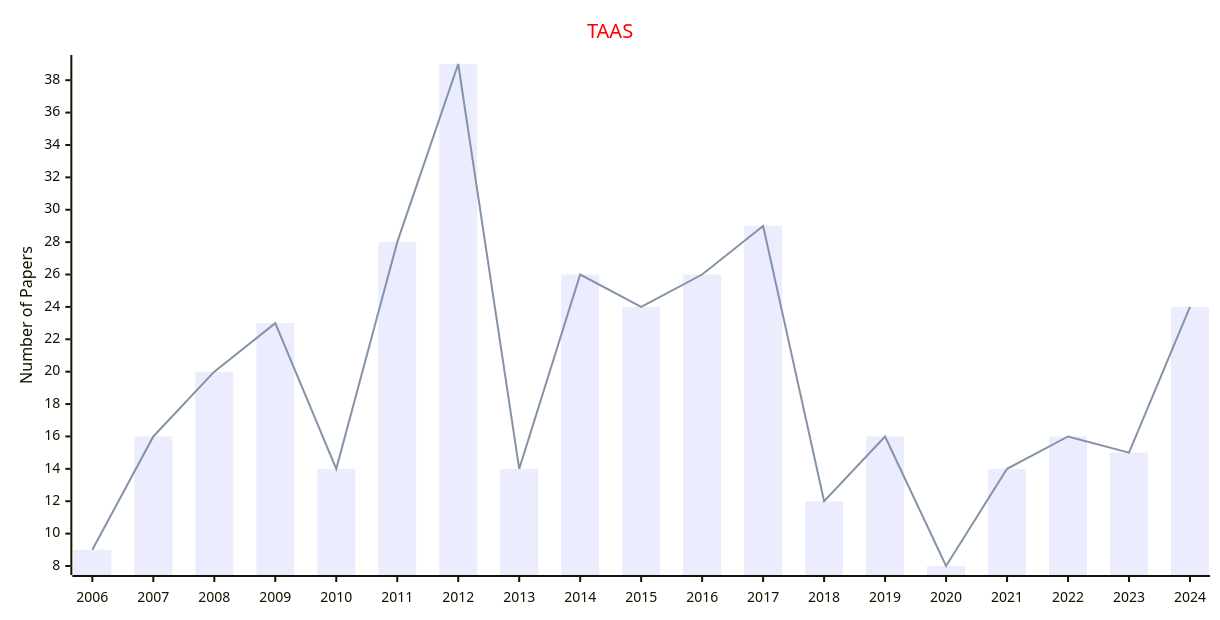
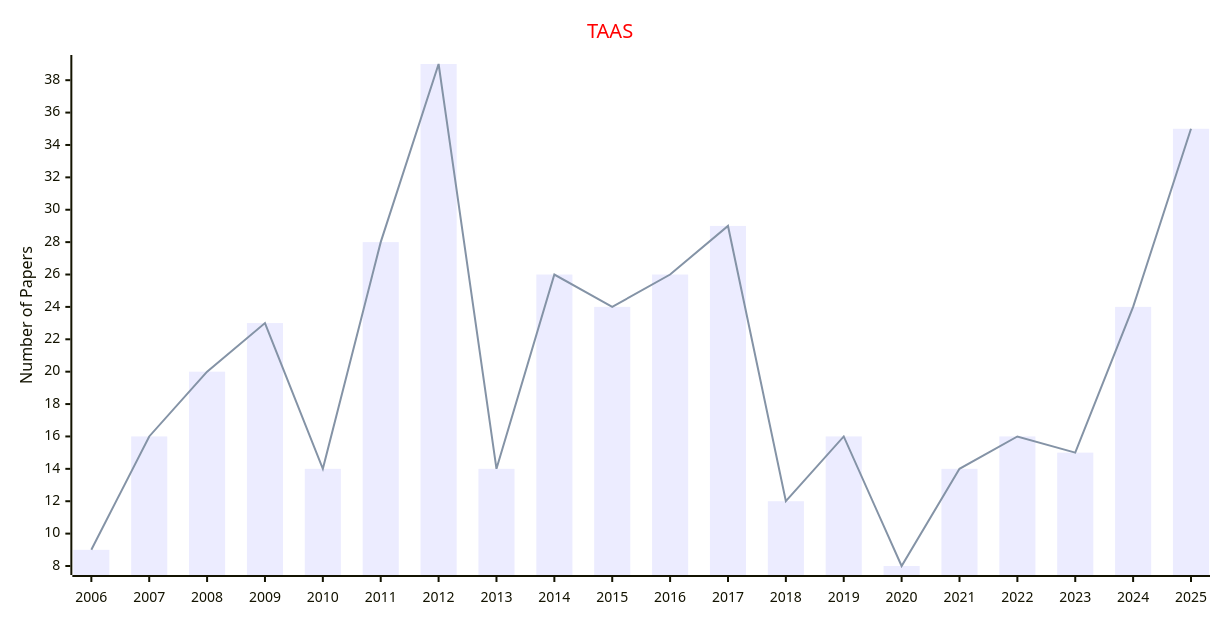
One commit to Easy-PhD/AILinks changed the diagram in docs/data/Journals/Statistics_Journals/Adaptive_Systems.md. Above: the diagram before and after it, drawn with Mermaid. The commit also changed 93 other files, not shown here.

````diff
--- a/docs/data/Journals/Statistics_Journals/Adaptive_Systems.md
+++ b/docs/data/Journals/Statistics_Journals/Adaptive_Systems.md
@@ -9,17 +9,17 @@
 ```mermaid
 ---
 config:
     xyChart:
         width: 1200
         height: 600
     themeVariables:
         xyChart:
             titleColor: "#ff0000"
 ---
 xychart-beta
     title "TAAS"
-    x-axis [2006, 2007, 2008, 2009, 2010, 2011, 2012, 2013, 2014, 2015, 2016, 2017, 2018, 2019, 2020, 2021, 2022, 2023, 2024]
+    x-axis [2006, 2007, 2008, 2009, 2010, 2011, 2012, 2013, 2014, 2015, 2016, 2017, 2018, 2019, 2020, 2021, 2022, 2023, 2024, 2025]
     y-axis "Number of Papers"
-    bar [9, 16, 20, 23, 14, 28, 39, 14, 26, 24, 26, 29, 12, 16, 8, 14, 16, 15, 24]
-    line [9, 16, 20, 23, 14, 28, 39, 14, 26, 24, 26, 29, 12, 16, 8, 14, 16, 15, 24]
+    bar [9, 16, 20, 23, 14, 28, 39, 14, 26, 24, 26, 29, 12, 16, 8, 14, 16, 15, 24, 35]
+    line [9, 16, 20, 23, 14, 28, 39, 14, 26, 24, 26, 29, 12, 16, 8, 14, 16, 15, 24, 35]
 ```
````
